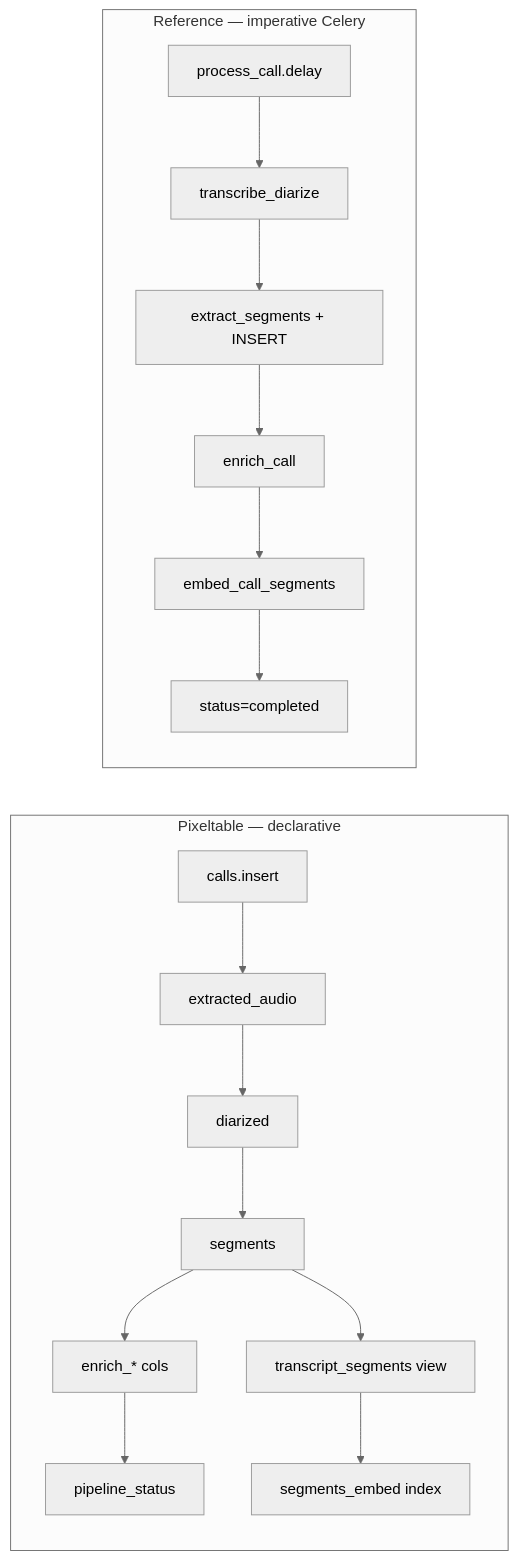
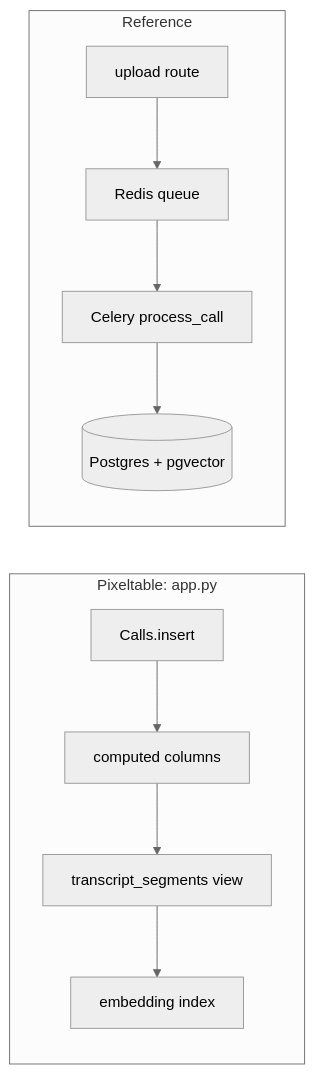
The diagram in compare/BACKEND_MAPPING.md (pixeltable/showcase-call-intelligence), drawn with Mermaid (neutral theme) before and after one commit. The commit also changed other lines of this file and 15 other files, not shown here.

````diff
--- a/compare/BACKEND_MAPPING.md
+++ b/compare/BACKEND_MAPPING.md
@@ -133,25 +5,9 @@
 ```mermaid
 flowchart LR
-  subgraph PXT_ORCH["Pixeltable — declarative"]
-    INS[calls.insert]
-    CC1[extracted_audio]
-    CC2[diarized]
-    CC3[segments]
-    CC4[enrich_* cols]
-    CC5[pipeline_status]
-    VW[transcript_segments view]
-    IDX[segments_embed index]
-    INS --> CC1 --> CC2 --> CC3 --> CC4 --> CC5
-    CC3 --> VW --> IDX
+  subgraph pxt [Pixeltable: app.py]
+    ins[Calls.insert] --> cols[computed columns] --> view[transcript_segments view] --> idx[embedding index]
   end
-
-  subgraph REF_ORCH["Reference — imperative Celery"]
-    Q[process_call.delay]
-    S1[transcribe_diarize]
-    S2[extract_segments + INSERT]
-    S3[enrich_call]
-    S4[embed_call_segments]
-    S5[status=completed]
-    Q --> S1 --> S2 --> S3 --> S4 --> S5
+  subgraph ref [Reference]
+    up[upload route] --> q[Redis queue] --> task[Celery process_call] --> pg[(Postgres + pgvector)]
   end
 ```
````
